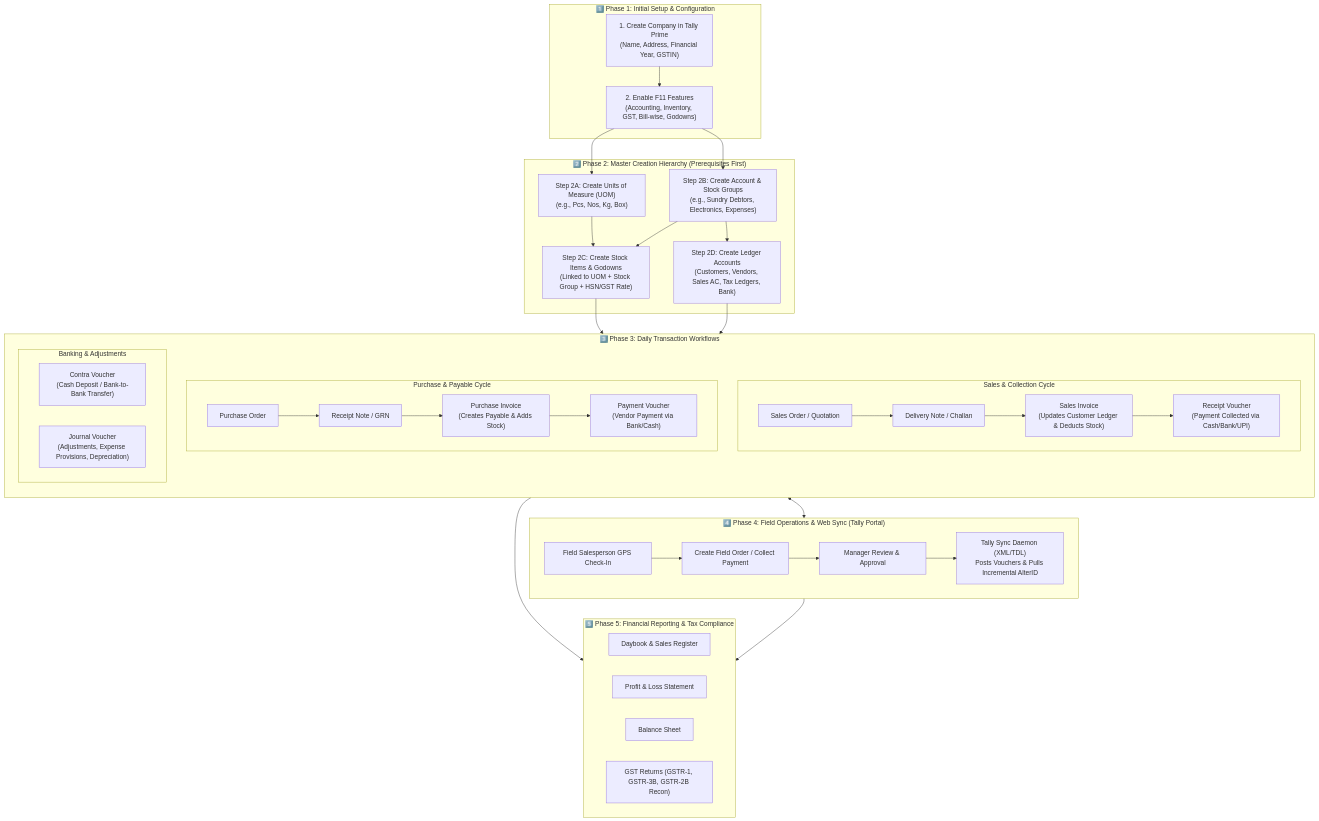
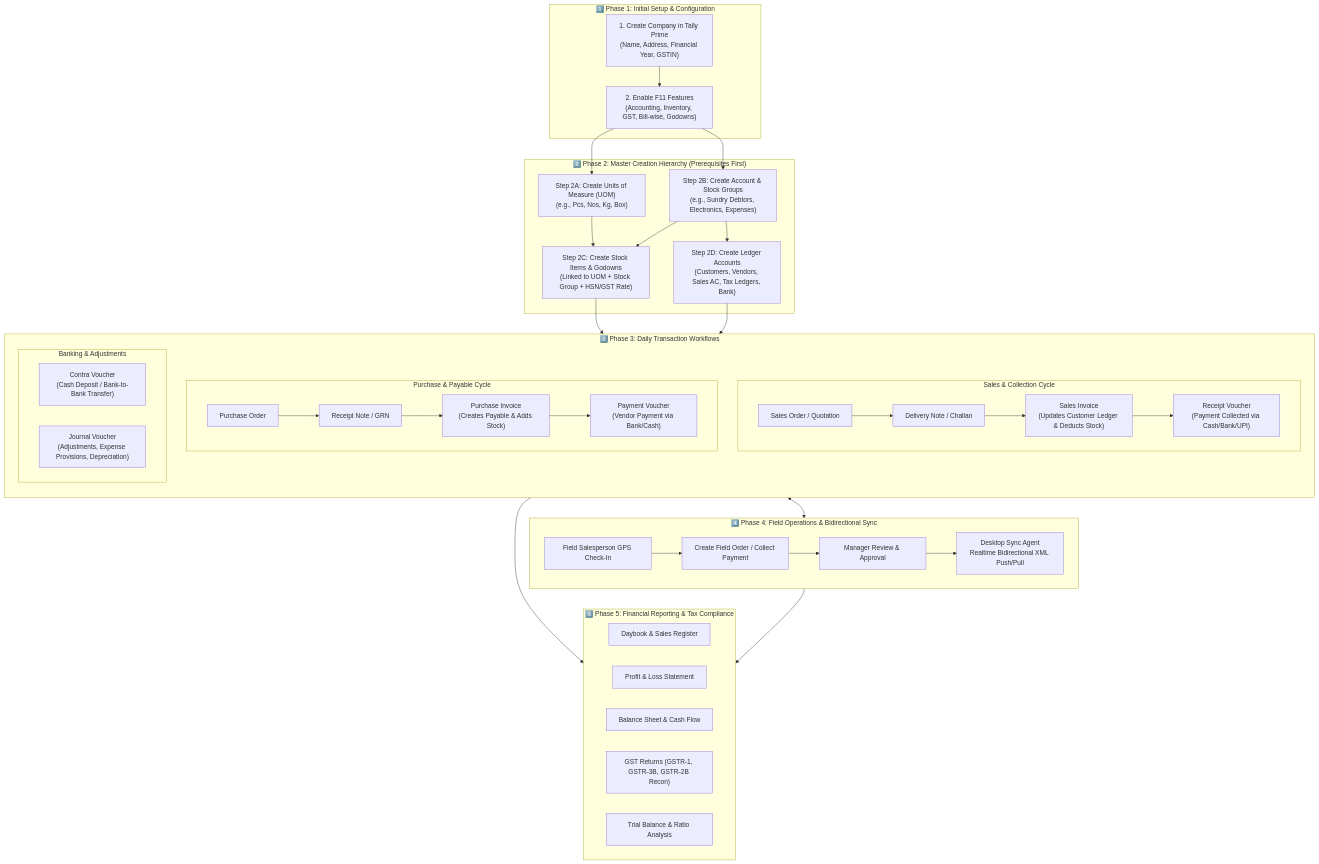
The diagram in README.md (Akashkansal065/tally-portal), drawn with Mermaid before and after one commit. The commit also changed other lines of this file, not shown here.

````diff
--- a/README.md
+++ b/README.md
@@ -41,62 +81,63 @@
 ```mermaid
 flowchart TD
     %% Phase 1: Company Setup
     subgraph PHASE1["1️⃣ Phase 1: Initial Setup & Configuration"]
         A["1. Create Company in Tally Prime<br/>(Name, Address, Financial Year, GSTIN)"] --> B["2. Enable F11 Features<br/>(Accounting, Inventory, GST, Bill-wise, Godowns)"]
     end
 
     %% Phase 2: Master Creation Hierarchy
     subgraph PHASE2["2️⃣ Phase 2: Master Creation Hierarchy (Prerequisites First)"]
         B --> C1["Step 2A: Create Units of Measure (UOM)<br/>(e.g., Pcs, Nos, Kg, Box)"]
         B --> C2["Step 2B: Create Account & Stock Groups<br/>(e.g., Sundry Debtors, Electronics, Expenses)"]
         
         C1 & C2 --> C3["Step 2C: Create Stock Items & Godowns<br/>(Linked to UOM + Stock Group + HSN/GST Rate)"]
         C2 --> C4["Step 2D: Create Ledger Accounts<br/>(Customers, Vendors, Sales AC, Tax Ledgers, Bank)"]
     end
 
     %% Phase 3: Transaction Execution Workflows
     subgraph PHASE3["3️⃣ Phase 3: Daily Transaction Workflows"]
         direction TB
         
         %% Sales Flow
         subgraph SALES["Sales & Collection Cycle"]
             S1["Sales Order / Quotation"] --> S2["Delivery Note / Challan"]
             S2 --> S3["Sales Invoice<br/>(Updates Customer Ledger & Deducts Stock)"]
             S3 --> S4["Receipt Voucher<br/>(Payment Collected via Cash/Bank/UPI)"]
         end
 
         %% Purchase Flow
         subgraph PURCHASE["Purchase & Payable Cycle"]
             P1["Purchase Order"] --> P2["Receipt Note / GRN"]
             P2 --> P3["Purchase Invoice<br/>(Creates Payable & Adds Stock)"]
             P3 --> P4["Payment Voucher<br/>(Vendor Payment via Bank/Cash)"]
         end
 
         %% Banking & Adjustments
         subgraph BANKING["Banking & Adjustments"]
             B1["Contra Voucher<br/>(Cash Deposit / Bank-to-Bank Transfer)"]
             J1["Journal Voucher<br/>(Adjustments, Expense Provisions, Depreciation)"]
         end
     end
 
     C3 & C4 --> PHASE3
 
     %% Phase 4: Web/Mobile Portal Sync
-    subgraph PHASE4["4️⃣ Phase 4: Field Operations & Web Sync (Tally Portal)"]
+    subgraph PHASE4["4️⃣ Phase 4: Field Operations & Bidirectional Sync"]
         M1["Field Salesperson GPS Check-In"] --> M2["Create Field Order / Collect Payment"]
         M2 --> M3["Manager Review & Approval"]
-        M3 --> M4["Tally Sync Daemon (XML/TDL)<br/>Posts Vouchers & Pulls Incremental AlterID"]
+        M3 --> M4["Desktop Sync Agent<br/>Realtime Bidirectional XML Push/Pull"]
     end
 
     PHASE3 <--> PHASE4
 
     %% Phase 5: Reporting & Tax Compliance
     subgraph PHASE5["5️⃣ Phase 5: Financial Reporting & Tax Compliance"]
         R1["Daybook & Sales Register"]
         R2["Profit & Loss Statement"]
-        R3["Balance Sheet"]
+        R3["Balance Sheet & Cash Flow"]
         R4["GST Returns (GSTR-1, GSTR-3B, GSTR-2B Recon)"]
+        R5["Trial Balance & Ratio Analysis"]
     end
 
     PHASE3 & PHASE4 --> PHASE5
 ```
````
